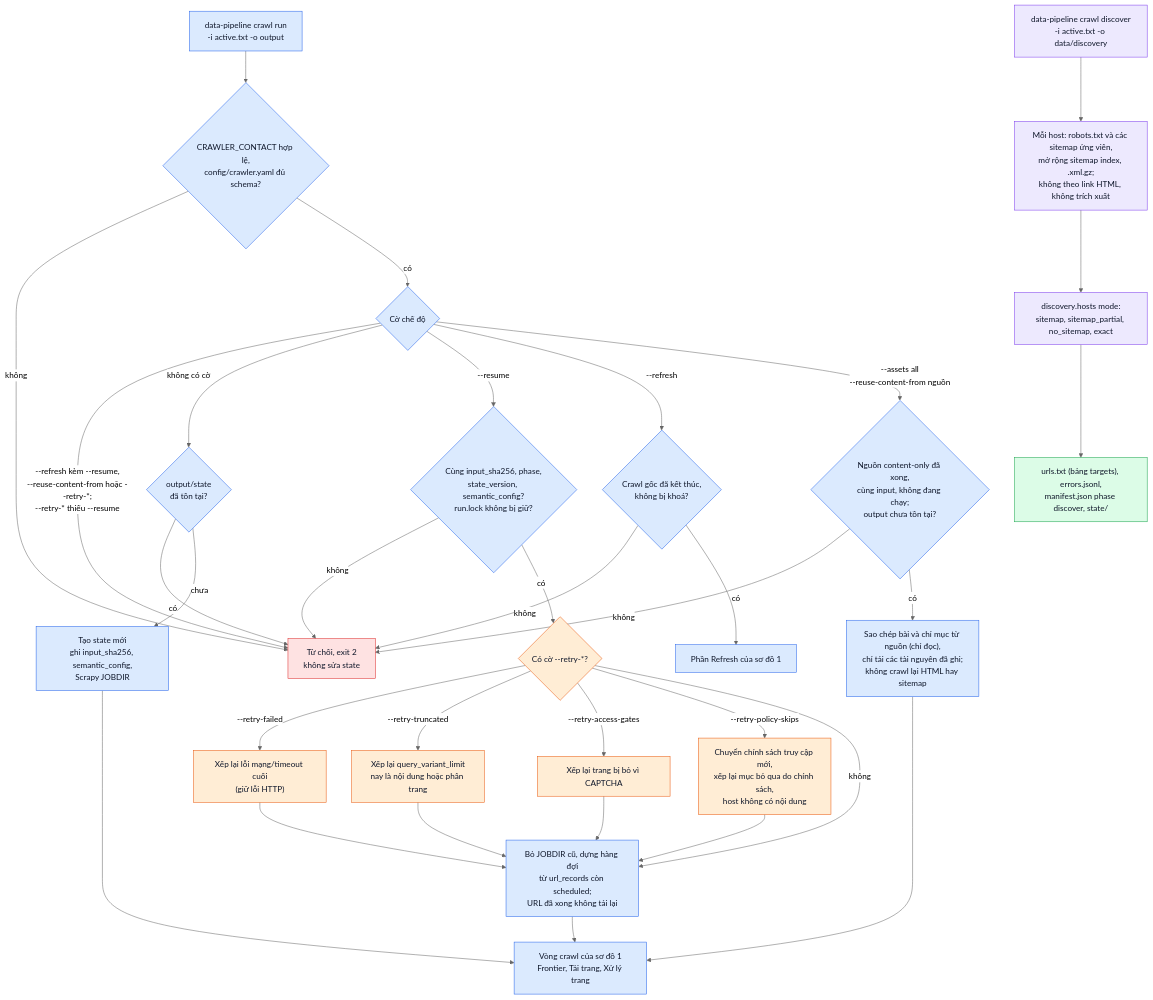
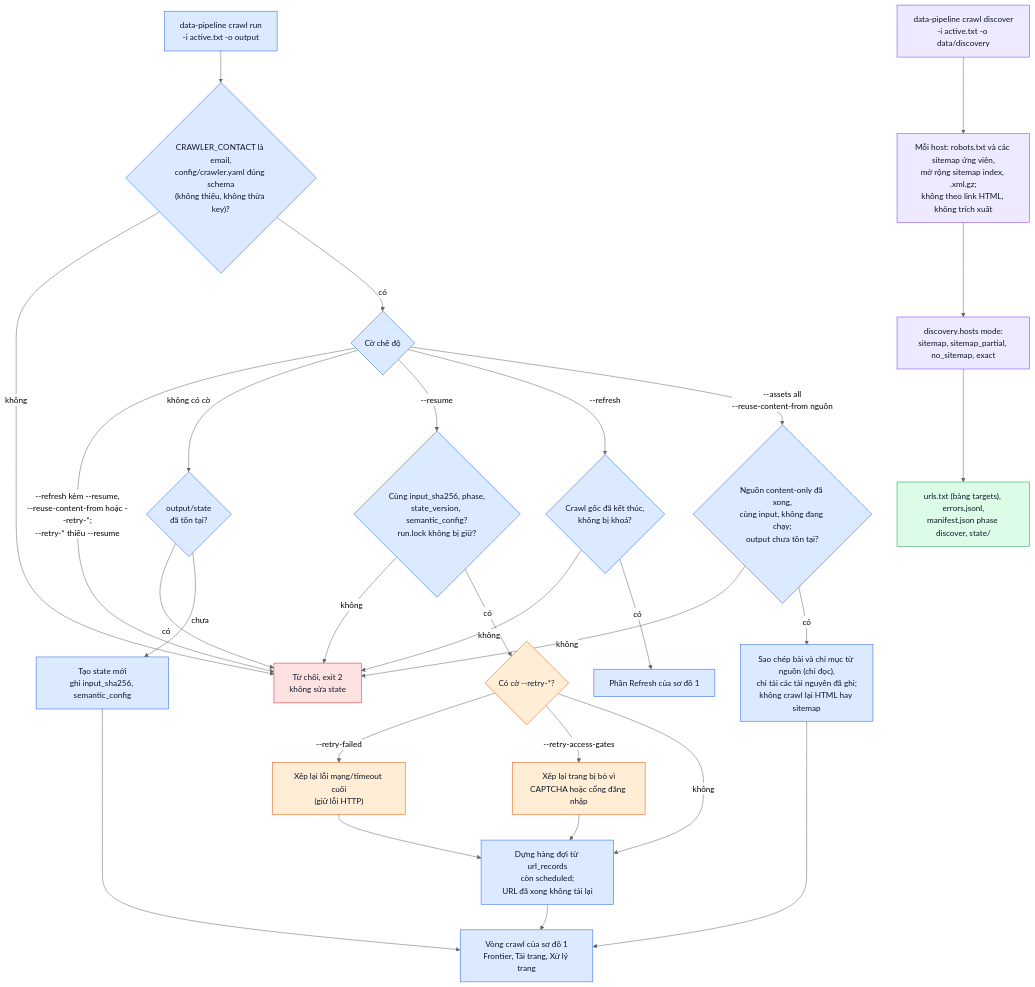
Before and after one commit to doanan293/WebCorpusPipeline: the fourth of 7 diagrams in data_pipeline/docs/architecture.md, drawn with Mermaid (neutral theme). The commit also changed 42 other files, not shown here.

First line of the commit message:
refactor(crawl): delete legacy resume, policy and config code

````diff
--- a/data_pipeline/docs/architecture.md
+++ b/data_pipeline/docs/architecture.md
@@ -253,66 +253,62 @@
 ```mermaid
 flowchart TD
     START["data-pipeline crawl run<br/>-i active.txt -o output"]
-    CONTACT{"CRAWLER_CONTACT hợp lệ,<br/>config/crawler.yaml đủ schema?"}
+    CONTACT{"CRAWLER_CONTACT là email,<br/>config/crawler.yaml đúng schema<br/>(không thiếu, không thừa key)?"}
     FLAGS{"Cờ chế độ"}
     BAD["Từ chối, exit 2<br/>không sửa state"]
 
     START --> CONTACT
     CONTACT -- "không" --> BAD
     CONTACT -- "có" --> FLAGS
     FLAGS -- "--refresh kèm --resume,<br/>--reuse-content-from hoặc --retry-*;<br/>--retry-* thiếu --resume" --> BAD
 
     %% ===== MỚI =====
     FLAGS -- "không có cờ" --> NEWCHK{"output/state<br/>đã tồn tại?"}
     NEWCHK -- "có" --> BAD
-    NEWCHK -- "chưa" --> NEWRUN["Tạo state mới<br/>ghi input_sha256, semantic_config,<br/>Scrapy JOBDIR"]
+    NEWCHK -- "chưa" --> NEWRUN["Tạo state mới<br/>ghi input_sha256, semantic_config"]
 
     %% ===== RESUME =====
     FLAGS -- "--resume" --> RESCHK{"Cùng input_sha256, phase,<br/>state_version, semantic_config?<br/>run.lock không bị giữ?"}
     RESCHK -- "không" --> BAD
     RESCHK -- "có" --> RETRY{"Có cờ --retry-*?"}
     RETRY -- "--retry-failed" --> RQ1["Xếp lại lỗi mạng/timeout cuối<br/>(giữ lỗi HTTP)"]
-    RETRY -- "--retry-truncated" --> RQ2["Xếp lại query_variant_limit<br/>nay là nội dung hoặc phân trang"]
-    RETRY -- "--retry-access-gates" --> RQ3["Xếp lại trang bị bỏ vì CAPTCHA"]
-    RETRY -- "--retry-policy-skips" --> RQ4["Chuyển chính sách truy cập mới,<br/>xếp lại mục bỏ qua do chính sách,<br/>host không có nội dung"]
+    RETRY -- "--retry-access-gates" --> RQ3["Xếp lại trang bị bỏ vì<br/>CAPTCHA hoặc cổng đăng nhập"]
     RETRY -- "không" --> REBUILD
     RQ1 --> REBUILD
-    RQ2 --> REBUILD
     RQ3 --> REBUILD
-    RQ4 --> REBUILD
-    REBUILD["Bỏ JOBDIR cũ, dựng hàng đợi<br/>từ url_records còn scheduled;<br/>URL đã xong không tải lại"]
+    REBUILD["Dựng hàng đợi từ url_records<br/>còn scheduled;<br/>URL đã xong không tải lại"]
 
     %% ===== REFRESH =====
     FLAGS -- "--refresh" --> REFCHK{"Crawl gốc đã kết thúc,<br/>không bị khoá?"}
     REFCHK -- "không" --> BAD
     REFCHK -- "có" --> REFRUN["Phần Refresh của sơ đồ 1"]
 
     %% ===== REUSE =====
     FLAGS -- "--assets all<br/>--reuse-content-from nguồn" --> REUSECHK{"Nguồn content-only đã xong,<br/>cùng input, không đang chạy;<br/>output chưa tồn tại?"}
     REUSECHK -- "không" --> BAD
     REUSECHK -- "có" --> REUSE["Sao chép bài và chỉ mục từ nguồn (chỉ đọc),<br/>chỉ tải các tài nguyên đã ghi;<br/>không crawl lại HTML hay sitemap"]
 
     LOOP["Vòng crawl của sơ đồ 1<br/>Frontier, Tải trang, Xử lý trang"]
     NEWRUN --> LOOP
     REBUILD --> LOOP
     REUSE --> LOOP
 
     %% ===== DISCOVER =====
     DSTART["data-pipeline crawl discover<br/>-i active.txt -o data/discovery"]
     DPROBE["Mỗi host: robots.txt và các sitemap ứng viên,<br/>mở rộng sitemap index, .xml.gz;<br/>không theo link HTML, không trích xuất"]
     DMODE["discovery.hosts mode:<br/>sitemap, sitemap_partial, no_sitemap, exact"]
     DOUT["urls.txt (bảng targets), errors.jsonl,<br/>manifest.json phase discover, state/"]
     DSTART --> DPROBE --> DMODE --> DOUT
 
     classDef run fill:#dbeafe,stroke:#2563eb,color:#0f172a;
     classDef retry fill:#ffedd5,stroke:#ea580c,color:#0f172a;
     classDef out fill:#dcfce7,stroke:#16a34a,color:#0f172a;
     classDef bad fill:#fee2e2,stroke:#dc2626,color:#0f172a;
     classDef disc fill:#ede9fe,stroke:#7c3aed,color:#0f172a;
 
     class START,CONTACT,FLAGS,NEWCHK,NEWRUN,RESCHK,REBUILD,REFCHK,REFRUN,REUSECHK,REUSE,LOOP run;
-    class RETRY,RQ1,RQ2,RQ3,RQ4 retry;
+    class RETRY,RQ1,RQ3 retry;
     class BAD bad;
     class DSTART,DPROBE,DMODE disc;
     class DOUT out;
 ```
````
